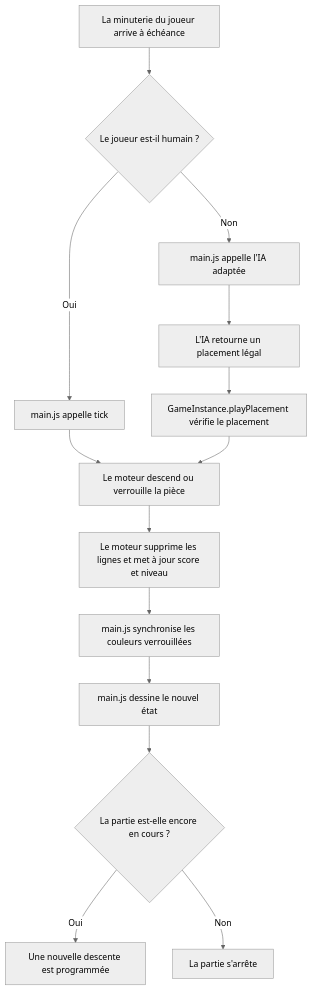
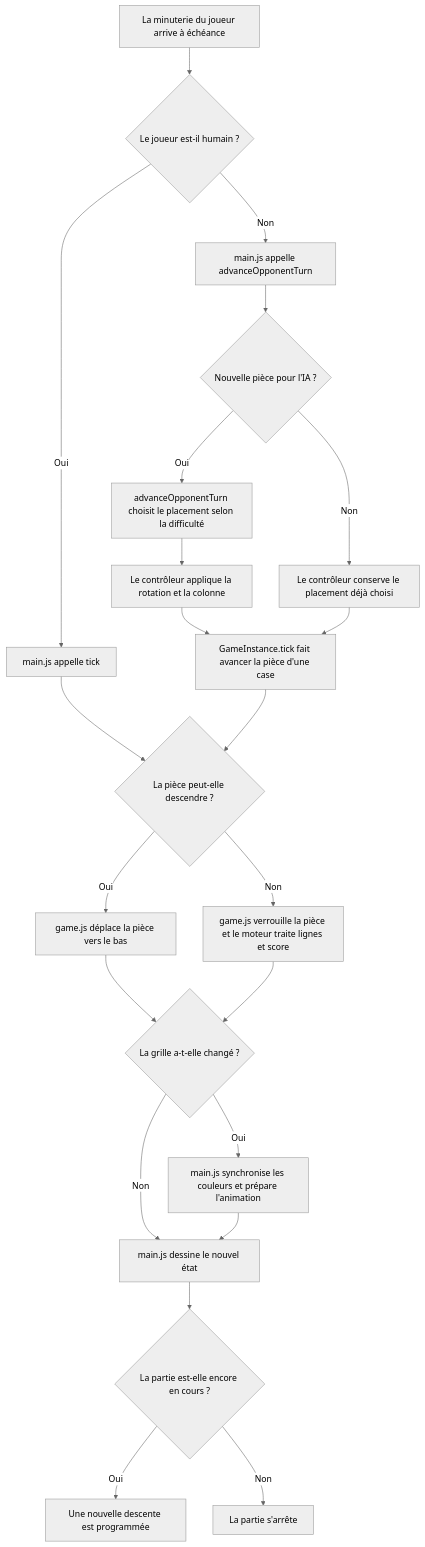
One commit to TALEBWISSAME/TETRIS-Jeu changed the second of 2 diagrams in docs/ARCHITECTURE.md. Above: the diagram before and after it, drawn with Mermaid (neutral theme). The commit also changed other lines of this file and 1 other file, not shown here.

Commit message:
Exercice 6 - Finalisation de la documentation

````diff
--- a/docs/ARCHITECTURE.md
+++ b/docs/ARCHITECTURE.md
@@ -148,30 +159,43 @@
 ```mermaid
 flowchart TD
     Timer["La minuterie du joueur arrive à échéance"]
     Human{"Le joueur est-il humain ?"}
     HumanTick["main.js appelle tick"]
-    Choose["main.js appelle l'IA adaptée"]
-    Placement["L'IA retourne un placement légal"]
-    Play["GameInstance.playPlacement vérifie le placement"]
-    Engine["Le moteur descend ou verrouille la pièce"]
-    Rows["Le moteur supprime les lignes et met à jour score et niveau"]
-    Colors["main.js synchronise les couleurs verrouillées"]
+    Controller["main.js appelle advanceOpponentTurn"]
+    NewPiece{"Nouvelle pièce pour l'IA ?"}
+    Choose["advanceOpponentTurn choisit le placement selon la difficulté"]
+    Apply["Le contrôleur applique la rotation et la colonne"]
+    Keep["Le contrôleur conserve le placement déjà choisi"]
+    InstanceTick["GameInstance.tick fait avancer la pièce d'une case"]
+    Engine{"La pièce peut-elle descendre ?"}
+    Descend["game.js déplace la pièce vers le bas"]
+    Lock["game.js verrouille la pièce et le moteur traite lignes et score"]
+    GridChanged{"La grille a-t-elle changé ?"}
+    Colors["main.js synchronise les couleurs et prépare l'animation"]
     Render["main.js dessine le nouvel état"]
     Continue{"La partie est-elle encore en cours ?"}
     Schedule["Une nouvelle descente est programmée"]
     End["La partie s'arrête"]
 
     Timer --> Human
     Human -->|Oui| HumanTick
-    Human -->|Non| Choose
-    Choose --> Placement
-    Placement --> Play
+    Human -->|Non| Controller
+    Controller --> NewPiece
+    NewPiece -->|Oui| Choose
+    Choose --> Apply
+    NewPiece -->|Non| Keep
+    Apply --> InstanceTick
+    Keep --> InstanceTick
     HumanTick --> Engine
-    Play --> Engine
-    Engine --> Rows
-    Rows --> Colors
+    InstanceTick --> Engine
+    Engine -->|Oui| Descend
+    Engine -->|Non| Lock
+    Descend --> GridChanged
+    Lock --> GridChanged
+    GridChanged -->|Oui| Colors
+    GridChanged -->|Non| Render
     Colors --> Render
     Render --> Continue
     Continue -->|Oui| Schedule
     Continue -->|Non| End
 ```
````
